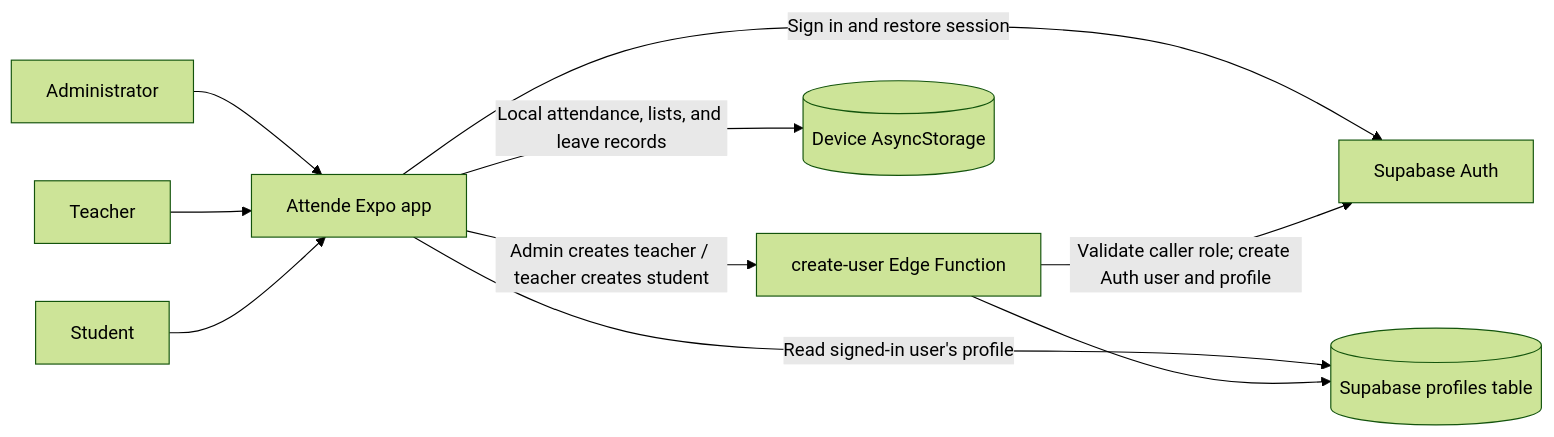
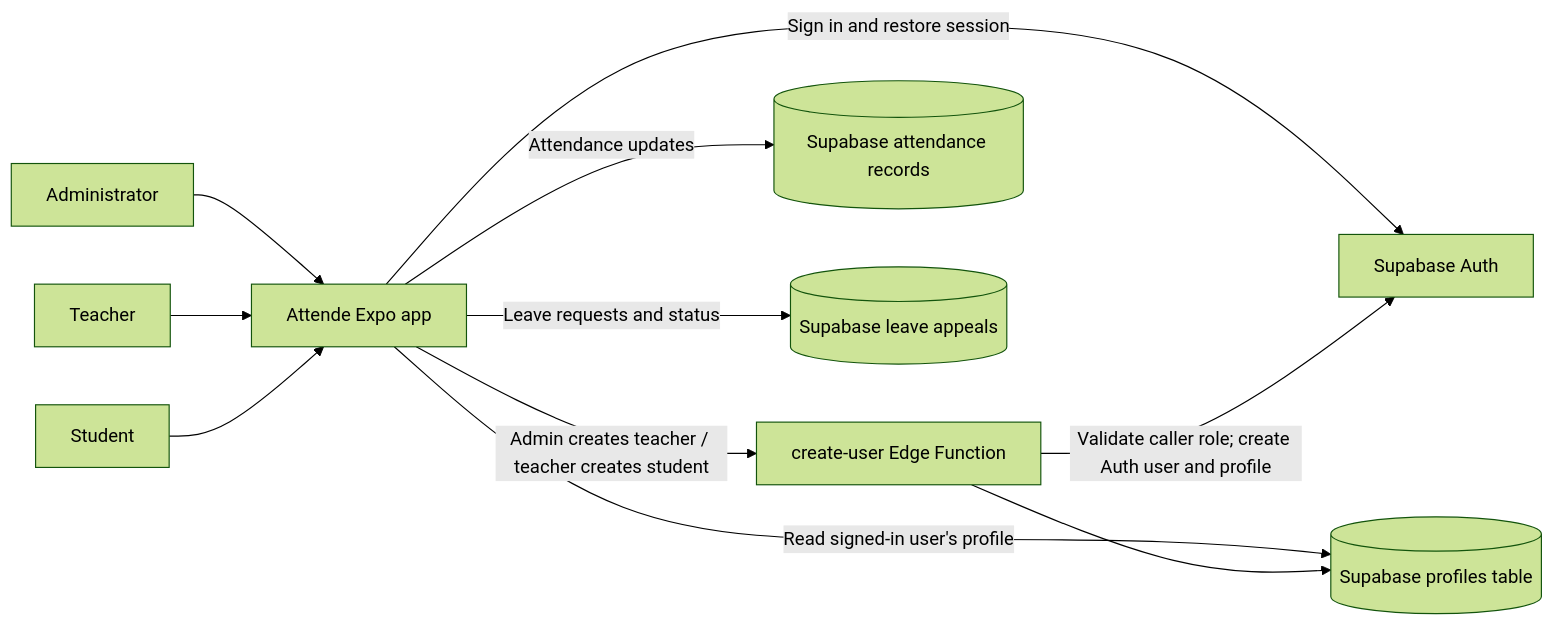
The diagram in README.md (ShaikArsalan347/attendance-app), drawn with Mermaid (forest theme) before and after one commit. The commit also changed other lines of this file, not shown here.

Commit message:
Update README to reflect Supabase-first architecture for project report

````diff
--- a/README.md
+++ b/README.md
@@ -100,21 +102,23 @@
 ```mermaid
 flowchart LR
   Admin[Administrator]
   Teacher[Teacher]
   Student[Student]
   App[Attende Expo app]
   Auth[Supabase Auth]
   Profiles[(Supabase profiles table)]
   Function[create-user Edge Function]
-  Local[(Device AsyncStorage)]
+  Attendance[(Supabase attendance records)]
+  Leaves[(Supabase leave appeals)]
 
   Admin --> App
   Teacher --> App
   Student --> App
   App -->|Sign in and restore session| Auth
   App -->|Read signed-in user's profile| Profiles
   App -->|Admin creates teacher / teacher creates student| Function
   Function -->|Validate caller role; create Auth user and profile| Auth
   Function --> Profiles
-  App -->|Local attendance, lists, and leave records| Local
+  App -->|Attendance updates| Attendance
+  App -->|Leave requests and status| Leaves
 ```
````
